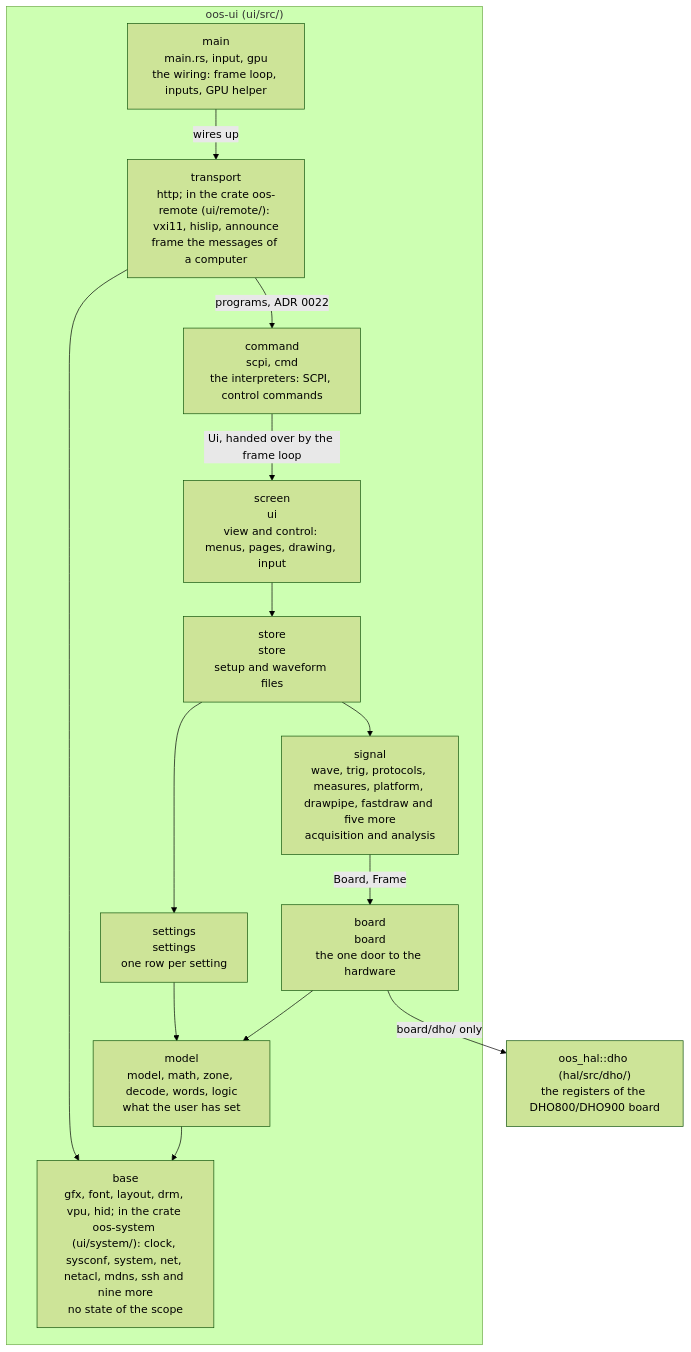
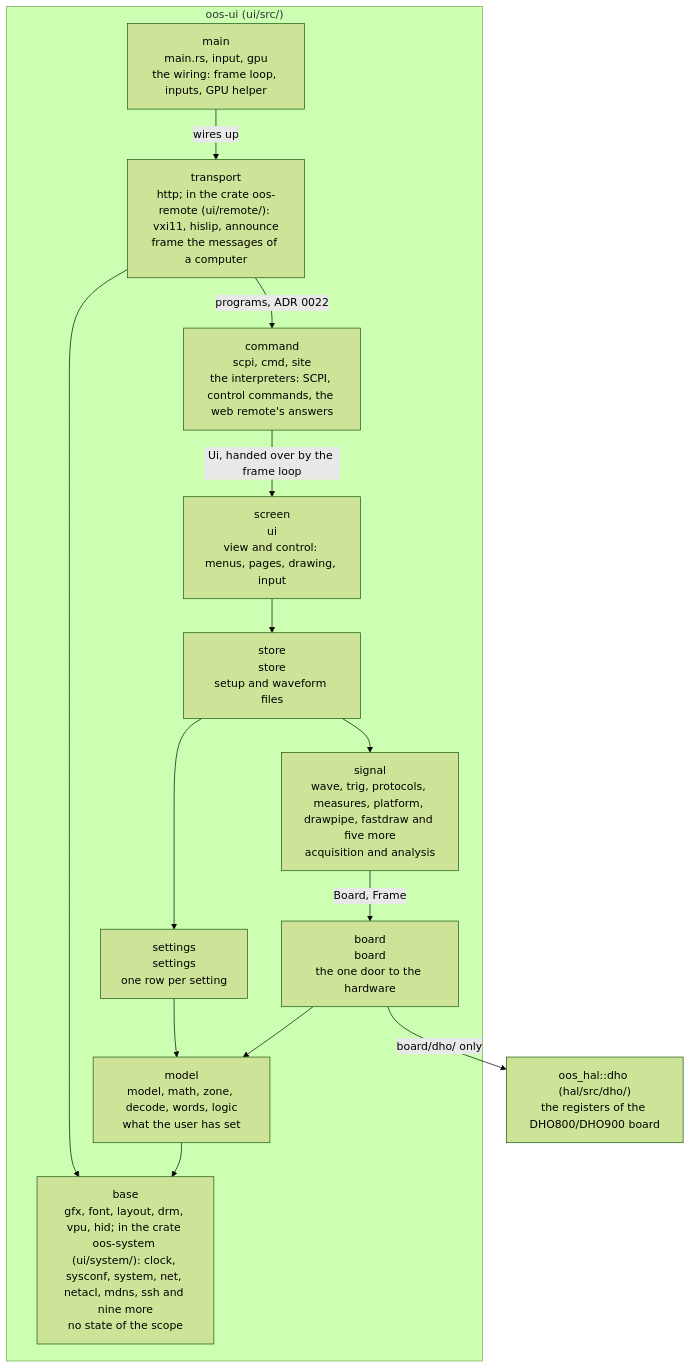
The fourth of 5 diagrams in docs/architecture.md (deckerjulian/oos), drawn with Mermaid (forest theme) before and after one commit. The commit also changed other lines of this file and 13 other files, not shown here.

First line of the commit message:
Web: what the screen answers is the module site (command layer); http.rs is the transport and names no screen (#298)

````diff
--- a/docs/architecture.md
+++ b/docs/architecture.md
@@ -222,28 +222,28 @@
 ```mermaid
 flowchart TB
     subgraph uiL["oos-ui (ui/src/)"]
         main["main<br/>main.rs, input, gpu<br/>the wiring: frame loop, inputs, GPU helper"]
         transport["transport<br/>http; in the crate oos-remote (ui/remote/): vxi11, hislip, announce<br/>frame the messages of a computer"]
-        command["command<br/>scpi, cmd<br/>the interpreters: SCPI, control commands"]
+        command["command<br/>scpi, cmd, site<br/>the interpreters: SCPI, control commands, the web remote's answers"]
         screen["screen<br/>ui<br/>view and control: menus, pages, drawing, input"]
         store["store<br/>store<br/>setup and waveform files"]
         signal["signal<br/>wave, trig, protocols, measures, platform, drawpipe, fastdraw and five more<br/>acquisition and analysis"]
         settings["settings<br/>settings<br/>one row per setting"]
         board["board<br/>board<br/>the one door to the hardware"]
         model["model<br/>model, math, zone, decode, words, logic<br/>what the user has set"]
         base["base<br/>gfx, font, layout, drm, vpu, hid; in the crate oos-system (ui/system/): clock, sysconf, system, net, netacl, mdns, ssh and nine more<br/>no state of the scope"]
     end
     hal["oos_hal::dho (hal/src/dho/)<br/>the registers of the DHO800/DHO900 board"]
     main -- "wires up" --> transport
     transport -- "programs, ADR 0022" --> command
     transport --> base
     command -- "Ui, handed over by the frame loop" --> screen
     screen --> store
     store --> signal
     store --> settings
     signal -- "Board, Frame" --> board
     settings --> model
     board --> model
     model --> base
     board -- "board/dho/ only" --> hal
 ```
````
